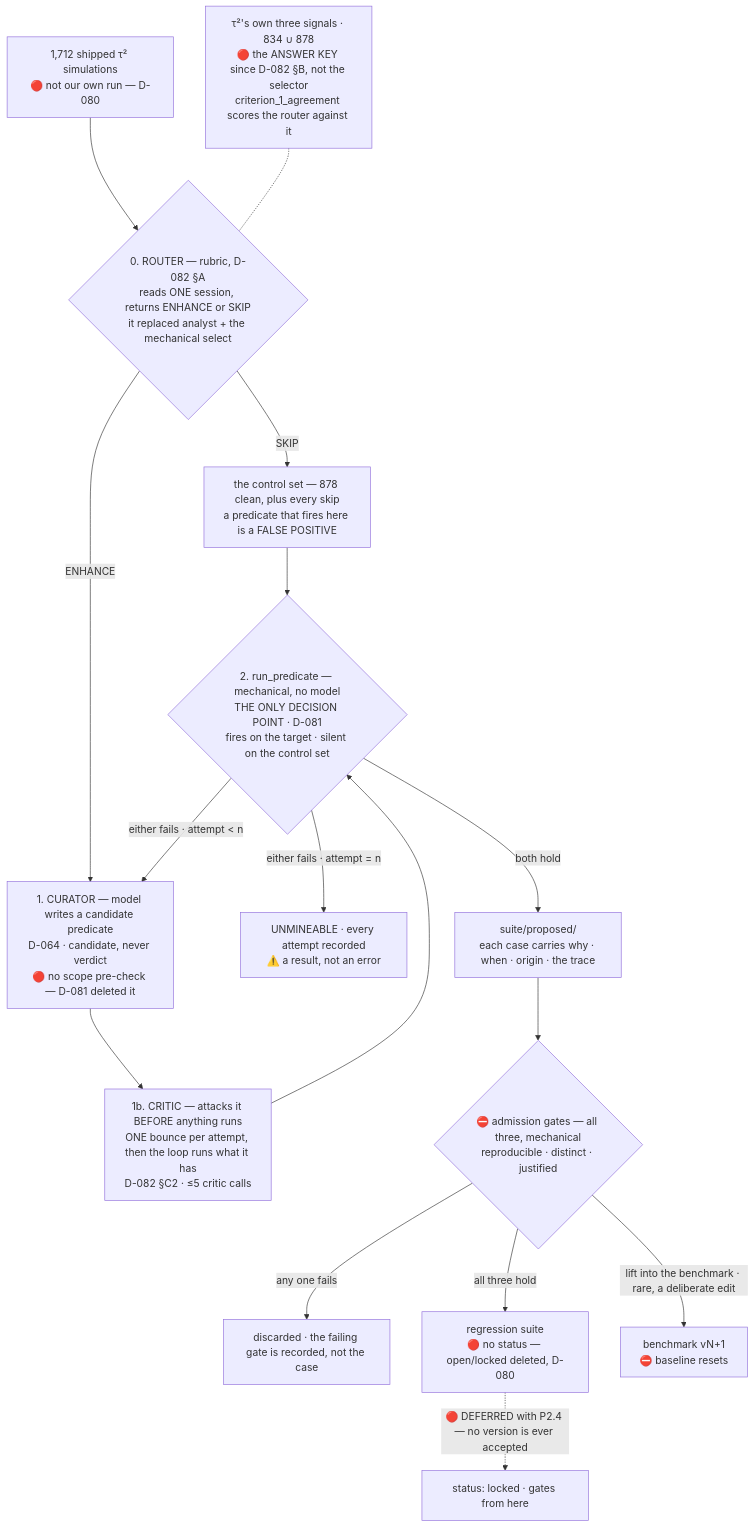
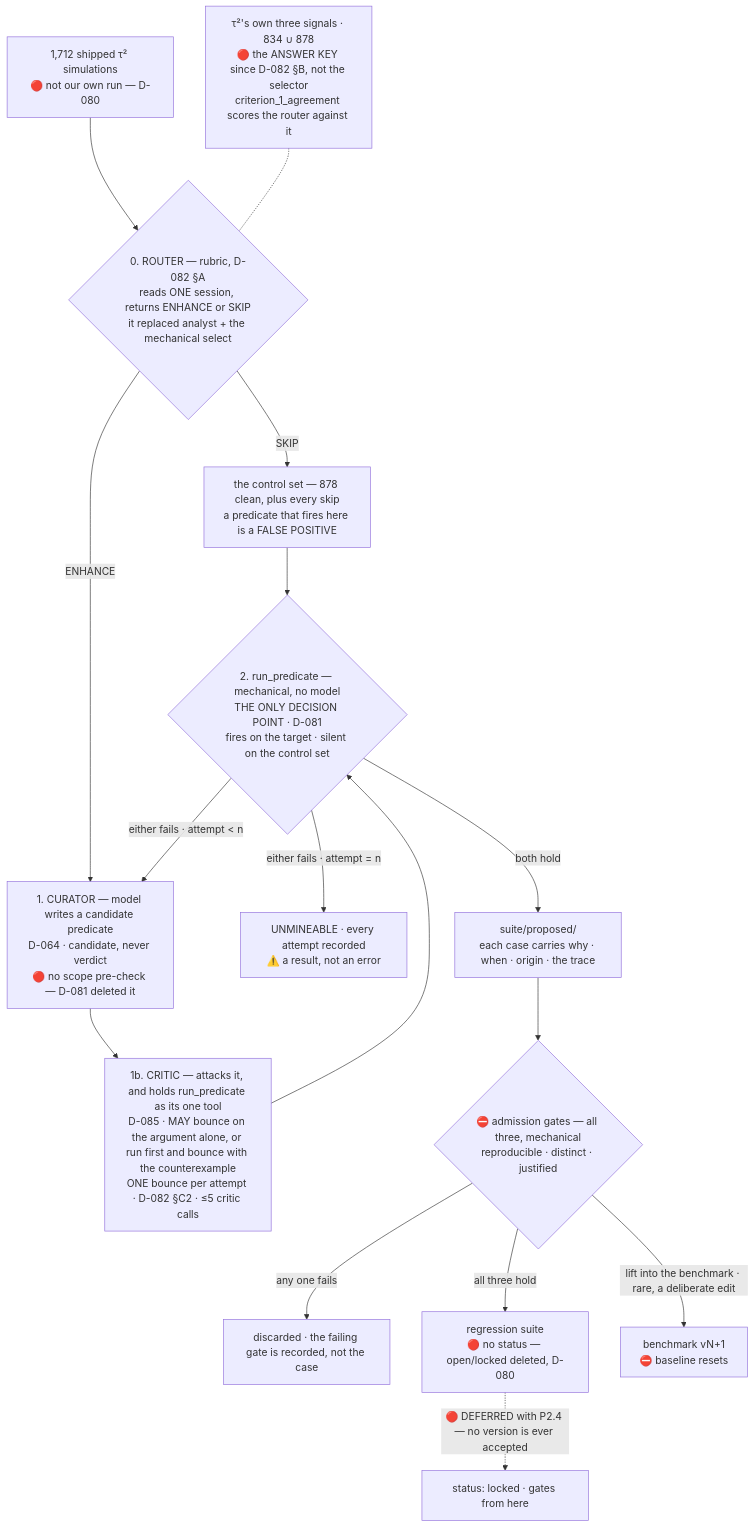
The diagram in docs/02-gates.md (sandeepyadav1478/touchstone), drawn with Mermaid before and after one commit. The commit also changed 5 other files, not shown here.

````diff
--- a/docs/02-gates.md
+++ b/docs/02-gates.md
@@ -352,18 +352,18 @@
 ```mermaid
 flowchart TB
   SCORE["1,712 shipped τ² simulations<br/>🔴 not our own run — D-080"] --> ROUTER{"0. ROUTER — rubric, D-082 §A<br/>reads ONE session, returns ENHANCE or SKIP<br/>it replaced analyst + the mechanical select"}
   ROUTER -->|SKIP| CLEAN["the control set — 878 clean, plus every skip<br/>a predicate that fires here is a FALSE POSITIVE"]
   KEY["τ²'s own three signals · 834 ∪ 878<br/>🔴 the ANSWER KEY since D-082 §B, not the selector<br/>criterion_1_agreement scores the router against it"] -.- ROUTER
   ROUTER -->|ENHANCE| TRANS["1. CURATOR — model writes a candidate predicate<br/>D-064 · candidate, never verdict<br/>🔴 no scope pre-check — D-081 deleted it"]
-  TRANS --> CRIT["1b. CRITIC — attacks it BEFORE anything runs<br/>ONE bounce per attempt, then the loop runs what it has<br/>D-082 §C2 · ≤5 critic calls"]
+  TRANS --> CRIT["1b. CRITIC — attacks it, and holds run_predicate as its one tool<br/>D-085 · MAY bounce on the argument alone, or run first and bounce with the counterexample<br/>ONE bounce per attempt · D-082 §C2 · ≤5 critic calls"]
   CRIT --> TEST{"2. run_predicate — mechanical, no model<br/>THE ONLY DECISION POINT · D-081<br/>fires on the target · silent on the control set"}
   CLEAN --> TEST
   TEST -->|"either fails · attempt < n"| TRANS
   TEST -->|"either fails · attempt = n"| UNM["UNMINEABLE · every attempt recorded<br/>⚠️ a result, not an error"]
   TEST -->|both hold| PROP["suite/proposed/<br/>each case carries why · when · origin · the trace"]
   PROP --> ADMIT{"⛔ admission gates — all three, mechanical<br/>reproducible · distinct · justified"}
   ADMIT -->|any one fails| DROP["discarded · the failing gate is recorded, not the case"]
   ADMIT -->|all three hold| REG["regression suite<br/>🔴 no status — open/locked deleted, D-080"]
   REG -.->|"🔴 DEFERRED with P2.4 — no version is ever accepted"| LOCK["status: locked · gates from here"]
   ADMIT -->|"lift into the benchmark · rare, a deliberate edit"| BENCH["benchmark vN+1<br/>⛔ baseline resets"]
 ```
````
